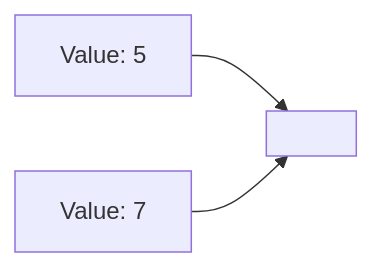
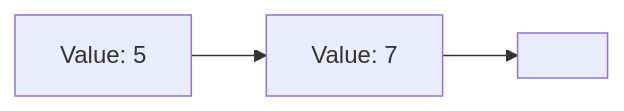
Before and after one commit to RottenKiwi2004/EGCI211: the diagram in MegaReview/09 Node.md, drawn with Mermaid. The commit also changed 13 other files, not shown here.

````diff
--- a/MegaReview/09 Node.md
+++ b/MegaReview/09 Node.md
@@ -13,7 +13,7 @@
 ```mermaid
 graph LR;
 
-    0x01[Value: 5]-->NULL[ ];
+    0x01[Value: 5]-->0x02;
     0x02[Value: 7]-->NULL[ ];
 
 ```
````
